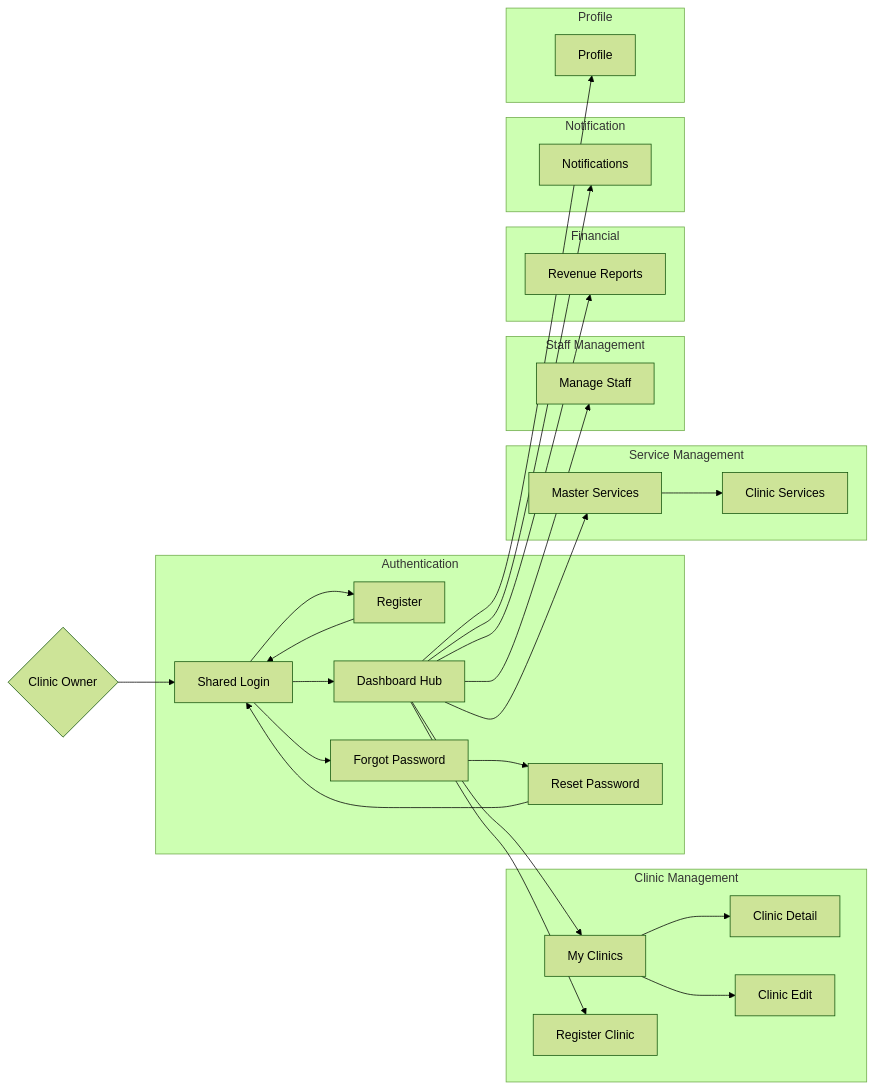
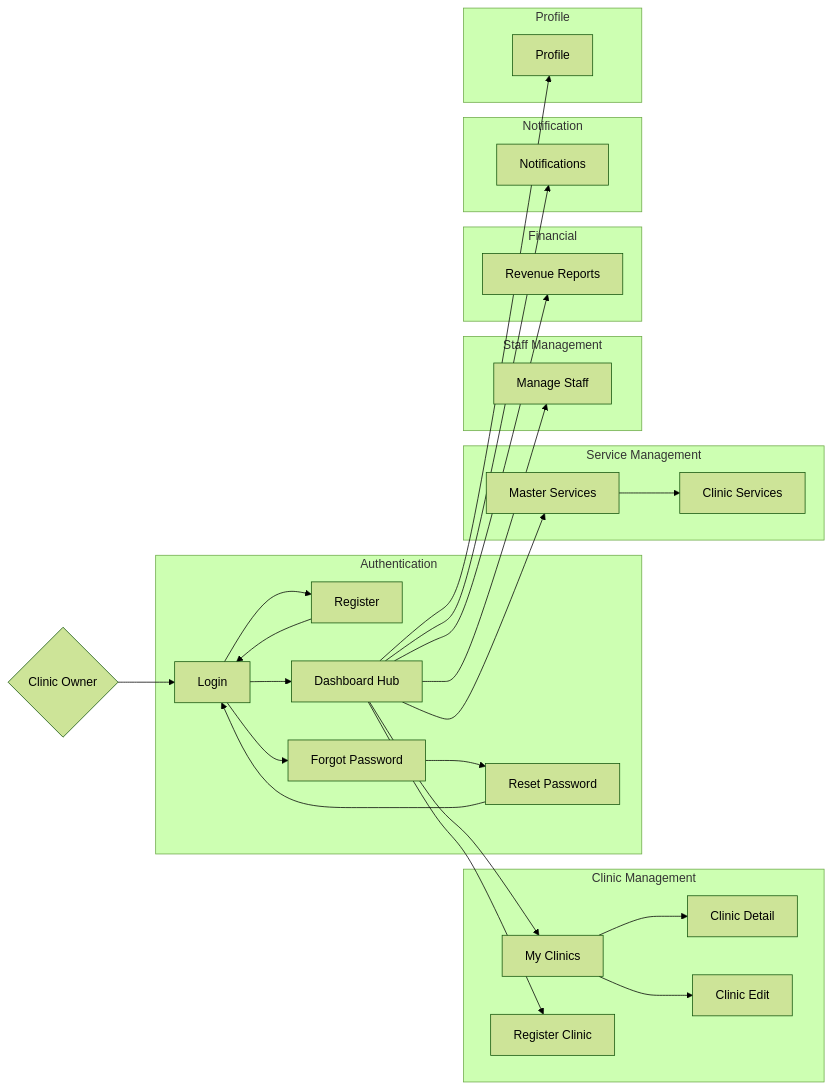
One commit to espresso23/Petties-Veterinary-Appointment-Booking-Platform changed the sixth of 9 diagrams in docs-references/documentation/SRS/PETTIES_SRS.md. Above: the diagram before and after it, drawn with Mermaid (forest theme). The commit also changed other lines of this file and 3 other files, not shown here.

Commit message:
docs: standardize SRS/SDD formats and fix sequence diagram notation

````diff
--- a/docs-references/documentation/SRS/PETTIES_SRS.md
+++ b/docs-references/documentation/SRS/PETTIES_SRS.md
@@ -499,41 +518,41 @@
 ```mermaid
 flowchart LR
-    CO{Clinic Owner} --> Login[Shared Login]
+    CO{Clinic Owner} --> Login
 
     subgraph Authentication
         Login --> Register
         Register --> Login
         Login --> ForgotPassword[Forgot Password]
         ForgotPassword --> ResetPassword[Reset Password]
         ResetPassword --> Login
         Login --> DashboardHub[Dashboard Hub]
     end
 
     subgraph Clinic_Management[Clinic Management]
         DashboardHub --> MyClinics[My Clinics]
         MyClinics --> ClinicDetail[Clinic Detail]
         MyClinics --> ClinicEdit[Clinic Edit]
         DashboardHub --> RegisterClinic[Register Clinic]
     end
 
     subgraph Service_Management[Service Management]
         DashboardHub --> MasterServices[Master Services]
         MasterServices --> ClinicServices[Clinic Services]
     end
 
     subgraph Staff_Management[Staff Management]
         DashboardHub --> ManageStaff[Manage Staff]
     end
 
     subgraph Financial
         DashboardHub --> RevenueReports[Revenue Reports]
     end
 
     subgraph Notification
         DashboardHub --> Notifications
     end
 
     subgraph Profile
         DashboardHub --> ProfileScreen[Profile]
     end
 ```
````
